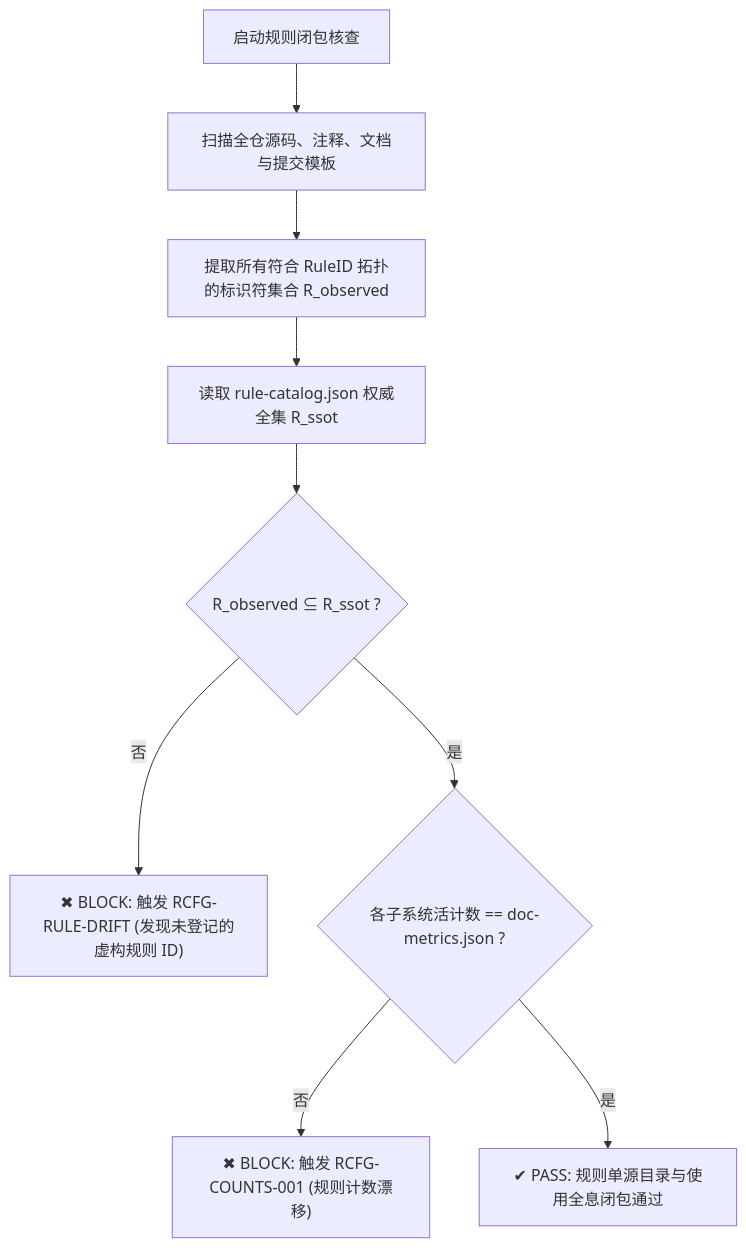
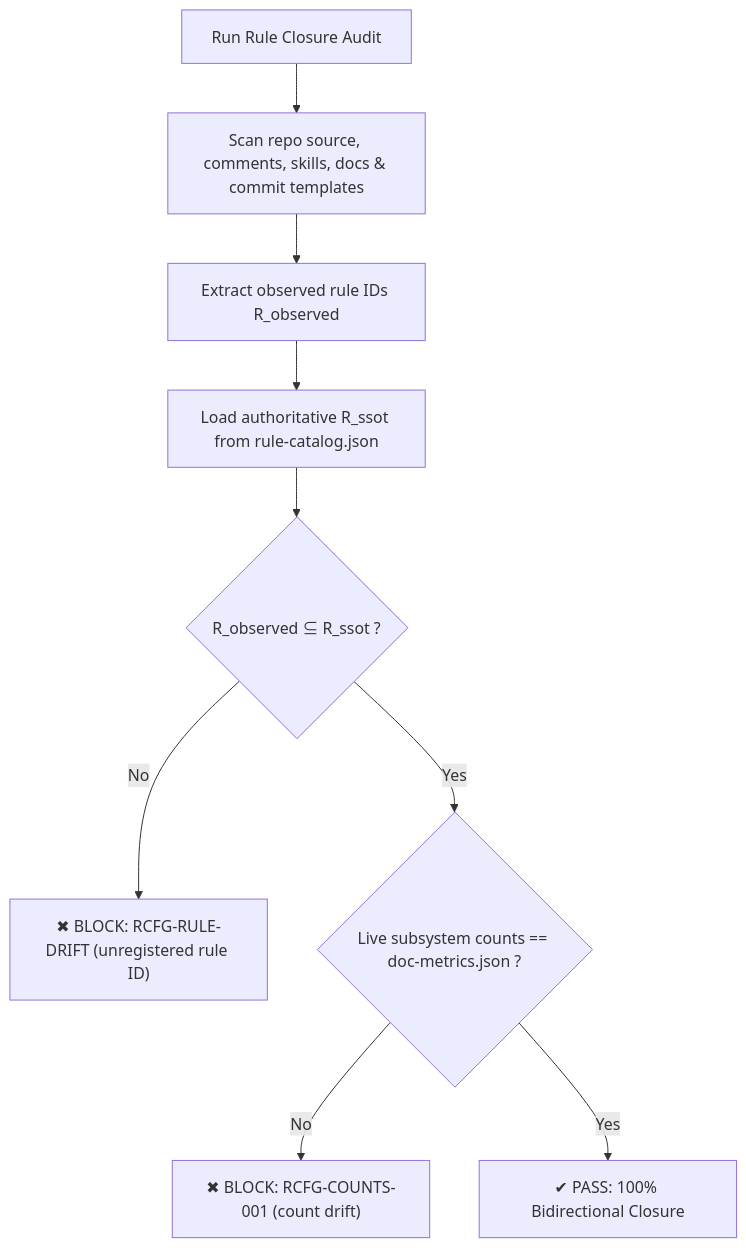
One commit to guilingzhouyi-creator/vscode-extensions changed the second of 2 diagrams in docs/system-spec/rule-catalog-architecture.md. Above: the diagram before and after it, drawn with Mermaid. The commit also changed other lines of this file and 6 other files, not shown here.

````diff
--- a/docs/system-spec/rule-catalog-architecture.md
+++ b/docs/system-spec/rule-catalog-architecture.md
@@ -85,11 +66,11 @@
 ```mermaid
 flowchart TD
-    Start["启动规则闭包核查"] --> S1["扫描全仓源码、注释、文档与提交模板"]
-    S1 --> S2["提取所有符合 RuleID 拓扑的标识符集合 R_observed"]
-    S2 --> S3["读取 rule-catalog.json 权威全集 R_ssot"]
+    Start["Run Rule Closure Audit"] --> S1["Scan repo source, comments, skills, docs & commit templates"]
+    S1 --> S2["Extract observed rule IDs R_observed"]
+    S2 --> S3["Load authoritative R_ssot from rule-catalog.json"]
     S3 --> C1{"R_observed ⊆ R_ssot ?"}
-    C1 -- 否 --> E1["✖ BLOCK: 触发 RCFG-RULE-DRIFT (发现未登记的虚构规则 ID)"]
-    C1 -- 是 --> C2{"各子系统活计数 == doc-metrics.json ?"}
-    C2 -- 否 --> E2["✖ BLOCK: 触发 RCFG-COUNTS-001 (规则计数漂移)"]
-    C2 -- 是 --> Pass["✔ PASS: 规则单源目录与使用全息闭包通过"]
+    C1 -- No --> E1["✖ BLOCK: RCFG-RULE-DRIFT (unregistered rule ID)"]
+    C1 -- Yes --> C2{"Live subsystem counts == doc-metrics.json ?"}
+    C2 -- No --> E2["✖ BLOCK: RCFG-COUNTS-001 (count drift)"]
+    C2 -- Yes --> Pass["✔ PASS: 100% Bidirectional Closure"]
 ```
````
